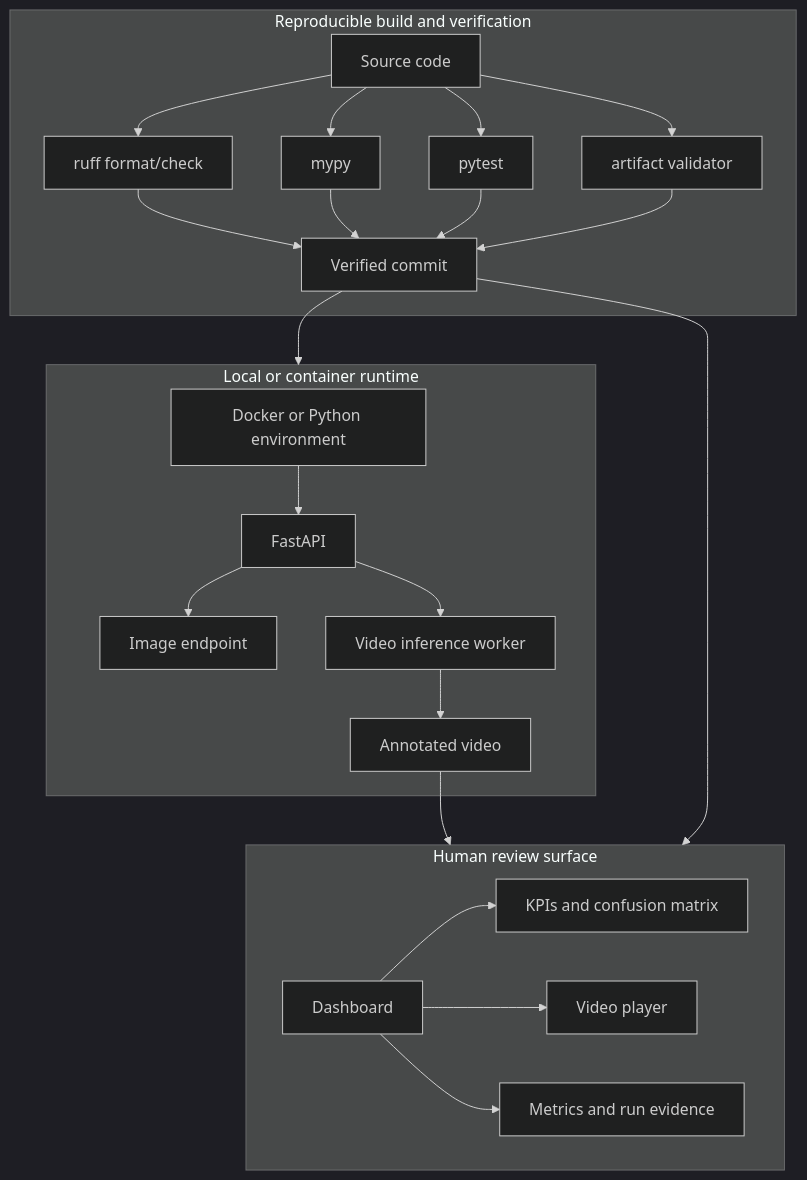
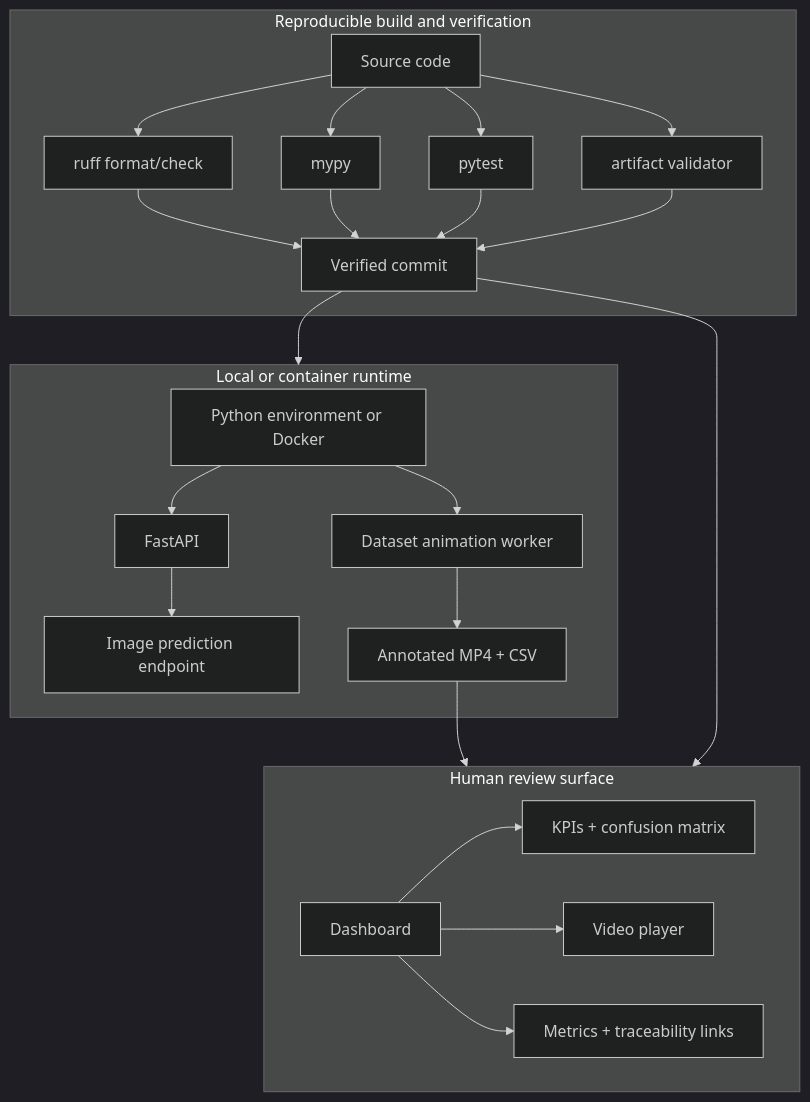
One commit to HUSNAIN-MUNAWAR/pharma-capsule-vision changed the fourth of 4 diagrams in README.md. Above: the diagram before and after it, drawn with Mermaid (dark theme). The commit also changed other lines of this file and 14 other files, not shown here.

Commit message:
Replace external clip with dataset-matched capsule animation

````diff
--- a/README.md
+++ b/README.md
@@ -149,30 +147,30 @@
 ```mermaid
 flowchart TB
     subgraph Build[Reproducible build and verification]
         B1[Source code] --> B2[ruff format/check]
         B1 --> B3[mypy]
         B1 --> B4[pytest]
         B1 --> B5[artifact validator]
         B2 --> B6[Verified commit]
         B3 --> B6
         B4 --> B6
         B5 --> B6
     end
 
     subgraph Runtime[Local or container runtime]
-        R1[Docker or Python environment] --> R2[FastAPI]
-        R2 --> R3[Image endpoint]
-        R2 --> R4[Video inference worker]
-        R4 --> R5[Annotated video]
+        R1[Python environment or Docker] --> R2[FastAPI]
+        R2 --> R3[Image prediction endpoint]
+        R1 --> R4[Dataset animation worker]
+        R4 --> R5[Annotated MP4 + CSV]
     end
 
     subgraph Review[Human review surface]
-        V1[Dashboard] --> V2[KPIs and confusion matrix]
+        V1[Dashboard] --> V2[KPIs + confusion matrix]
         V1 --> V3[Video player]
-        V1 --> V4[Metrics and run evidence]
+        V1 --> V4[Metrics + traceability links]
     end
 
     B6 --> Runtime
     R5 --> Review
     B6 --> Review
 ```
````
